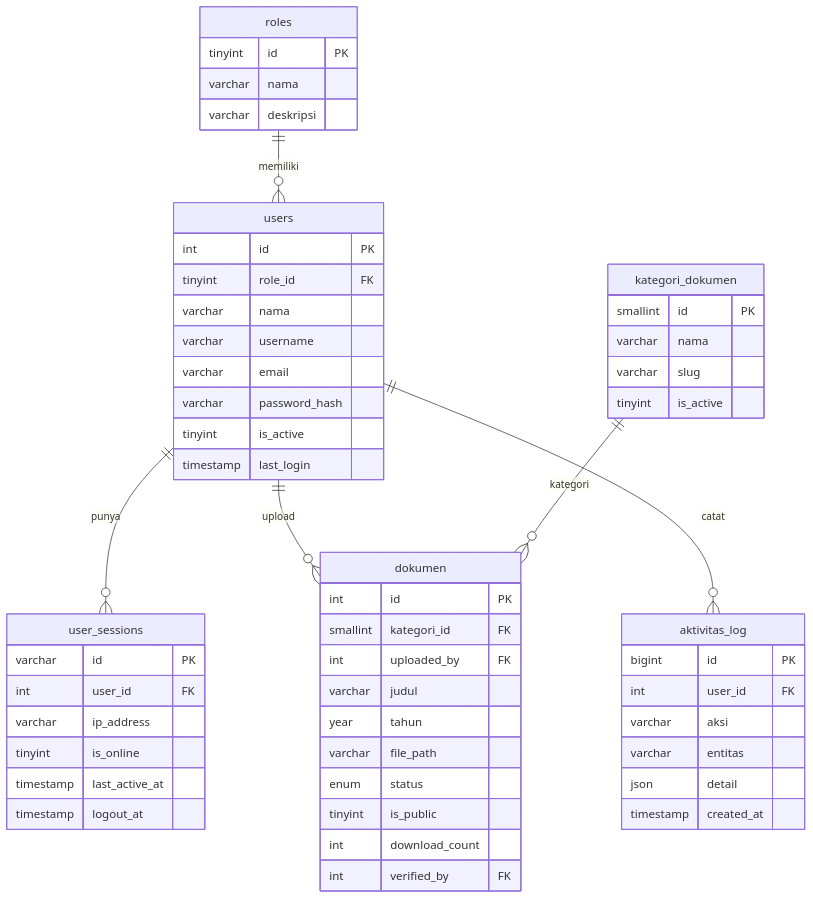
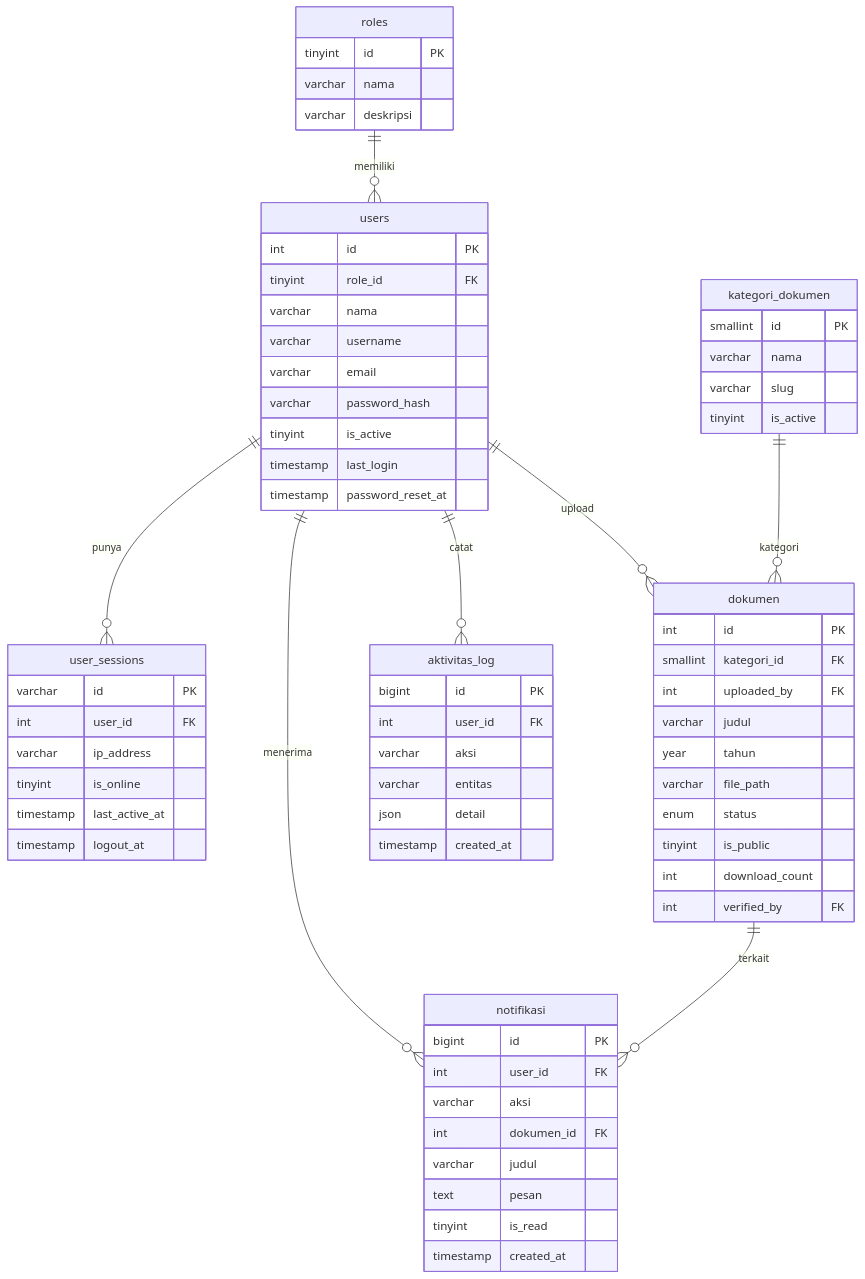
One commit to Adivalisna1/WEB-MAGANG- changed the ninth of 9 diagrams in README.md. Above: the diagram before and after it, drawn with Mermaid. The commit also changed other lines of this file, not shown here.

````diff
--- a/README.md
+++ b/README.md
@@ -466,58 +513,71 @@
 ```mermaid
 erDiagram
     roles {
         tinyint id PK
         varchar nama
         varchar deskripsi
     }
     users {
         int id PK
         tinyint role_id FK
         varchar nama
         varchar username
         varchar email
         varchar password_hash
         tinyint is_active
         timestamp last_login
+        timestamp password_reset_at
     }
     user_sessions {
         varchar id PK
         int user_id FK
         varchar ip_address
         tinyint is_online
         timestamp last_active_at
         timestamp logout_at
     }
     kategori_dokumen {
         smallint id PK
         varchar nama
         varchar slug
         tinyint is_active
     }
     dokumen {
         int id PK
         smallint kategori_id FK
         int uploaded_by FK
         varchar judul
         year tahun
         varchar file_path
         enum status
         tinyint is_public
         int download_count
         int verified_by FK
     }
     aktivitas_log {
         bigint id PK
         int user_id FK
         varchar aksi
         varchar entitas
         json detail
         timestamp created_at
     }
+    notifikasi {
+        bigint id PK
+        int user_id FK
+        varchar aksi
+        int dokumen_id FK
+        varchar judul
+        text pesan
+        tinyint is_read
+        timestamp created_at
+    }
 
     roles ||--o{ users : "memiliki"
     users ||--o{ user_sessions : "punya"
     users ||--o{ dokumen : "upload"
     users ||--o{ aktivitas_log : "catat"
+    users ||--o{ notifikasi : "menerima"
+    dokumen ||--o{ notifikasi : "terkait"
     kategori_dokumen ||--o{ dokumen : "kategori"
 ```
````
